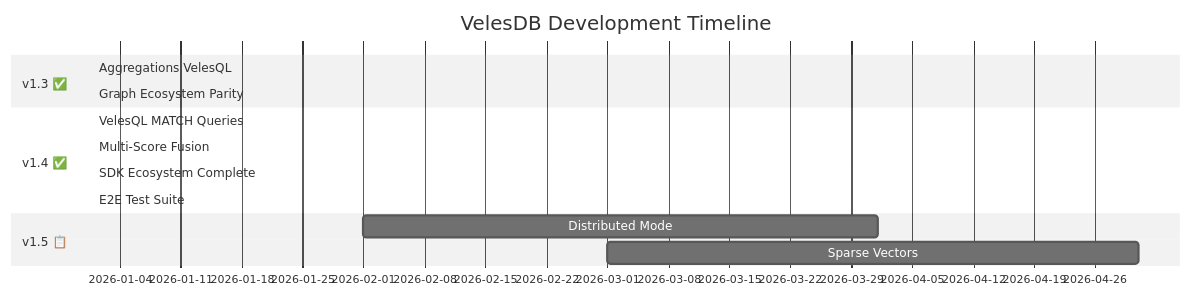
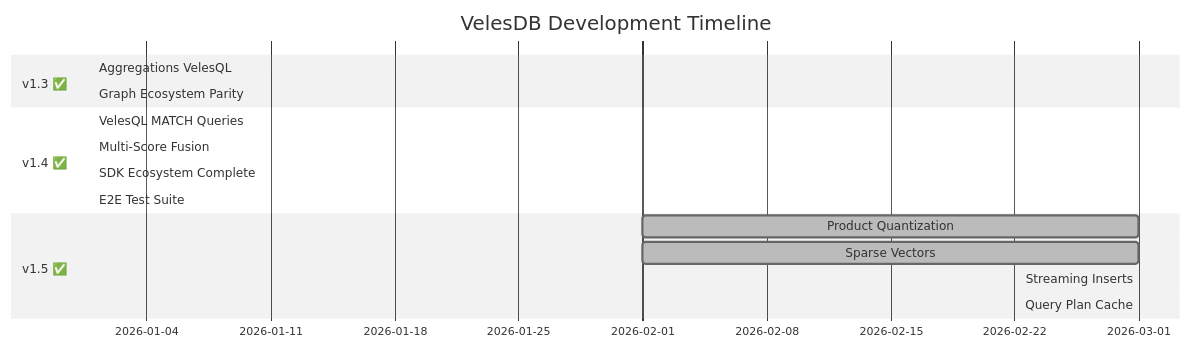
One commit to cyberlife-coder/VelesDB changed the fourth of 5 diagrams in README.md. Above: the diagram before and after it, drawn with Mermaid (neutral theme). The commit also changed other lines of this file, not shown here.

````diff
--- a/README.md
+++ b/README.md
@@ -1317,16 +1405,18 @@
 ```mermaid
 gantt
     title VelesDB Development Timeline
     dateFormat YYYY-MM
     section v1.3 ✅
     Aggregations VelesQL        :done, 2026-01, 2026-01
     Graph Ecosystem Parity      :done, 2026-01, 2026-01
     section v1.4 ✅
     VelesQL MATCH Queries       :done, 2026-01, 2026-01
     Multi-Score Fusion          :done, 2026-01, 2026-01
     SDK Ecosystem Complete      :done, 2026-01, 2026-01
     E2E Test Suite              :done, 2026-01, 2026-01
-    section v1.5 📋
-    Distributed Mode            :2026-02, 2026-04
-    Sparse Vectors              :2026-03, 2026-05
+    section v1.5 ✅
+    Product Quantization        :done, 2026-02, 2026-03
+    Sparse Vectors              :done, 2026-02, 2026-03
+    Streaming Inserts           :done, 2026-03, 2026-03
+    Query Plan Cache            :done, 2026-03, 2026-03
 ```
````
